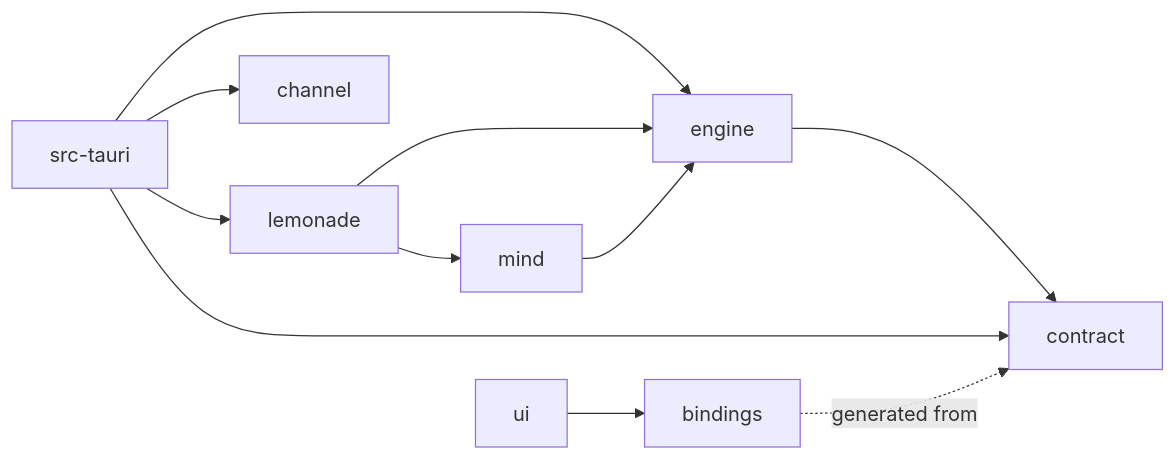
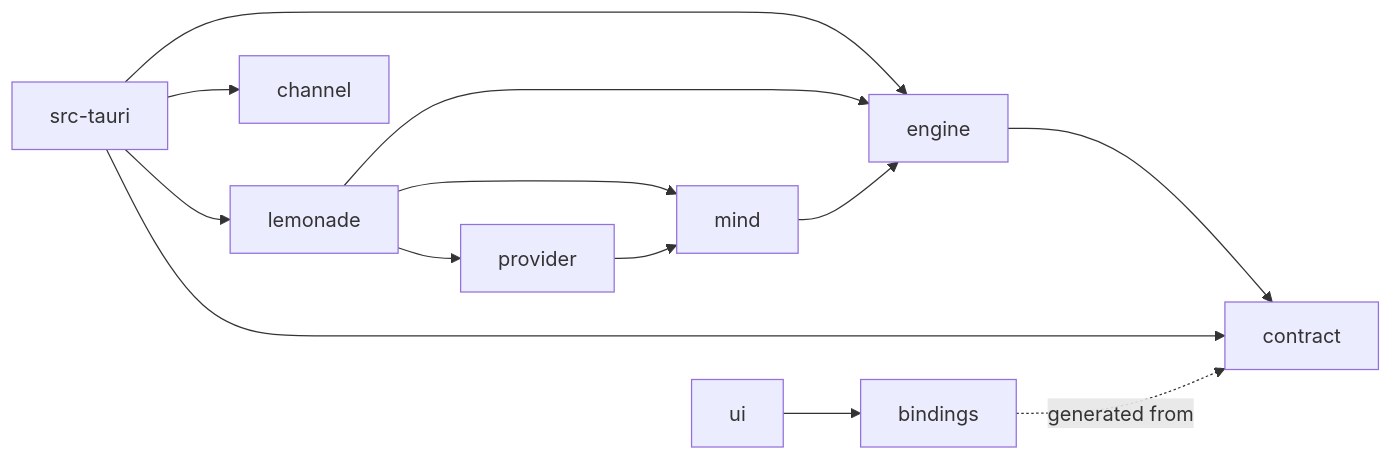
Before and after one commit to agync/nocturne: the diagram in docs/architecture/layout.md, drawn with Mermaid. The commit also changed other lines of this file and 10 other files, not shown here.

````diff
--- a/docs/architecture/layout.md
+++ b/docs/architecture/layout.md
@@ -27,13 +28,15 @@
 ```mermaid
 flowchart LR
     UI[ui] --> B[bindings]
     APP[src-tauri] --> ENG[engine]
     APP --> LEM[lemonade]
     LEM --> MIND[mind]
+    LEM --> PROV[provider]
+    PROV --> MIND
     LEM --> ENG
     MIND --> ENG
     ENG --> C[contract]
     APP --> C
     APP --> CH[channel]
     B -. generated from .-> C
 ```
````
